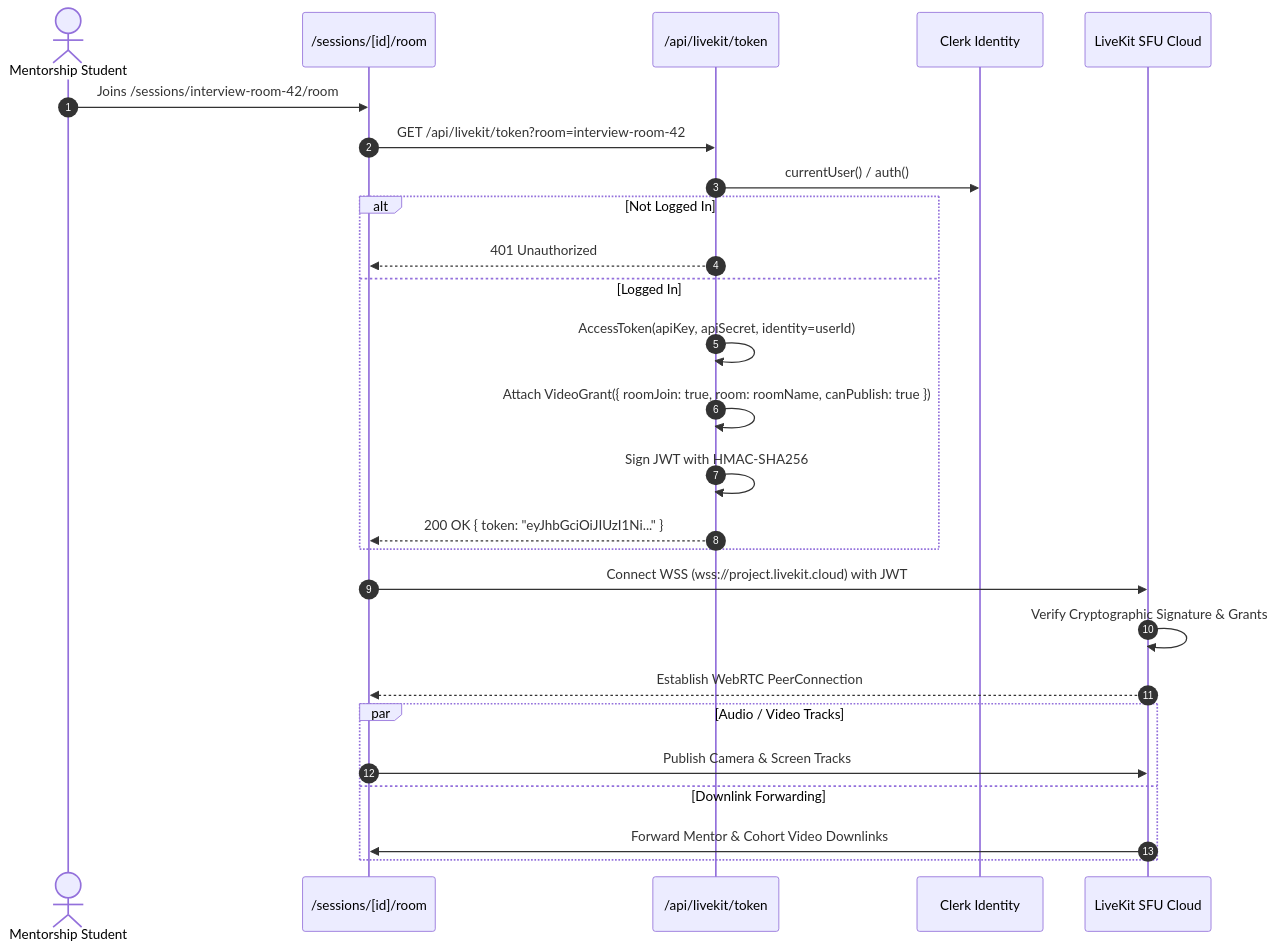
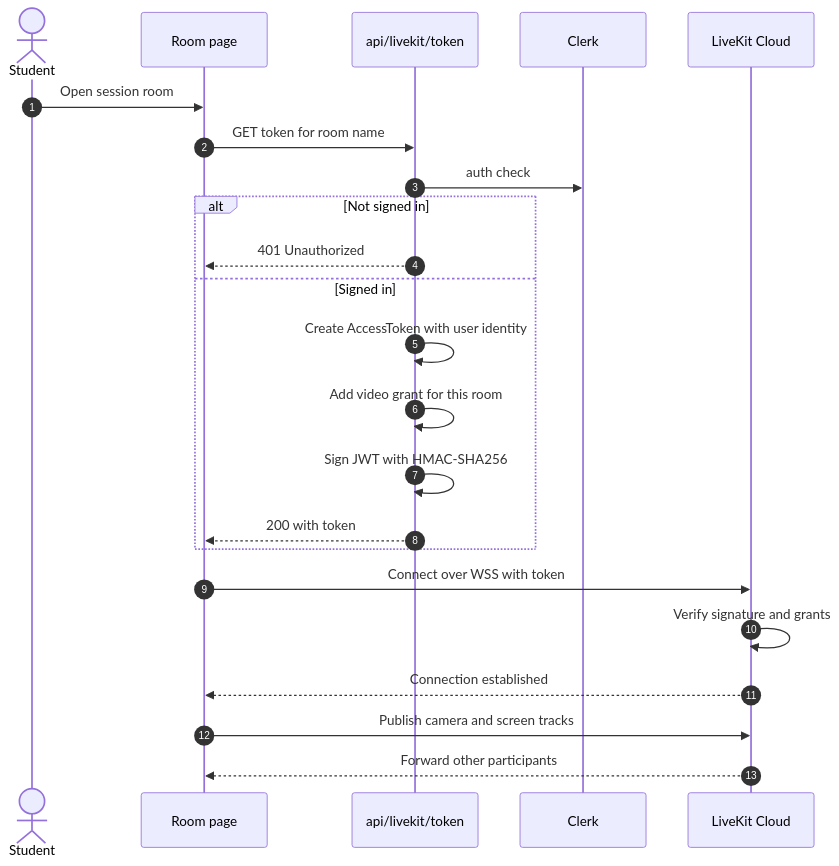
The ninth of 19 diagrams in README.md (DevSars24/codeify), drawn with Mermaid before and after one commit. The commit also changed other lines of this file, not shown here.

````diff
--- a/README.md
+++ b/README.md
@@ -419,29 +348,26 @@
 ```mermaid
 sequenceDiagram
     autonumber
-    actor User as Mentorship Student
-    participant RoomPage as /sessions/[id]/room
-    participant TokenAPI as /api/livekit/token
-    participant Clerk as Clerk Identity
-    participant LiveKitCloud as LiveKit SFU Cloud
+    actor User as Student
+    participant Room as Room page
+    participant Token as api/livekit/token
+    participant Clerk as Clerk
+    participant LK as LiveKit Cloud
 
-    User->>RoomPage: Joins /sessions/interview-room-42/room
-    RoomPage->>TokenAPI: GET /api/livekit/token?room=interview-room-42
-    TokenAPI->>Clerk: currentUser() / auth()
-    alt Not Logged In
-        TokenAPI-->>RoomPage: 401 Unauthorized
-    else Logged In
-        TokenAPI->>TokenAPI: AccessToken(apiKey, apiSecret, identity=userId)
-        TokenAPI->>TokenAPI: Attach VideoGrant({ roomJoin: true, room: roomName, canPublish: true })
-        TokenAPI->>TokenAPI: Sign JWT with HMAC-SHA256
-        TokenAPI-->>RoomPage: 200 OK { token: "eyJhbGciOiJIUzI1Ni..." }
+    User->>Room: Open session room
+    Room->>Token: GET token for room name
+    Token->>Clerk: auth check
+    alt Not signed in
+        Token-->>Room: 401 Unauthorized
+    else Signed in
+        Token->>Token: Create AccessToken with user identity
+        Token->>Token: Add video grant for this room
+        Token->>Token: Sign JWT with HMAC-SHA256
+        Token-->>Room: 200 with token
     end
-    RoomPage->>LiveKitCloud: Connect WSS (wss://project.livekit.cloud) with JWT
-    LiveKitCloud->>LiveKitCloud: Verify Cryptographic Signature & Grants
-    LiveKitCloud-->>RoomPage: Establish WebRTC PeerConnection
-    par Audio / Video Tracks
-        RoomPage->>LiveKitCloud: Publish Camera & Screen Tracks
-    and Downlink Forwarding
-        LiveKitCloud->>RoomPage: Forward Mentor & Cohort Video Downlinks
-    end
+    Room->>LK: Connect over WSS with token
+    LK->>LK: Verify signature and grants
+    LK-->>Room: Connection established
+    Room->>LK: Publish camera and screen tracks
+    LK-->>Room: Forward other participants
 ```
````
